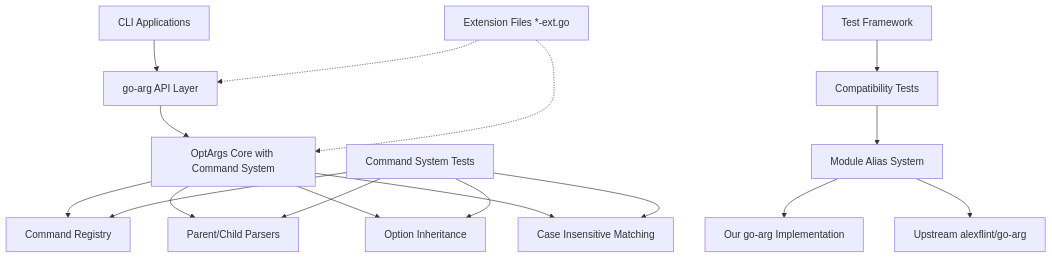
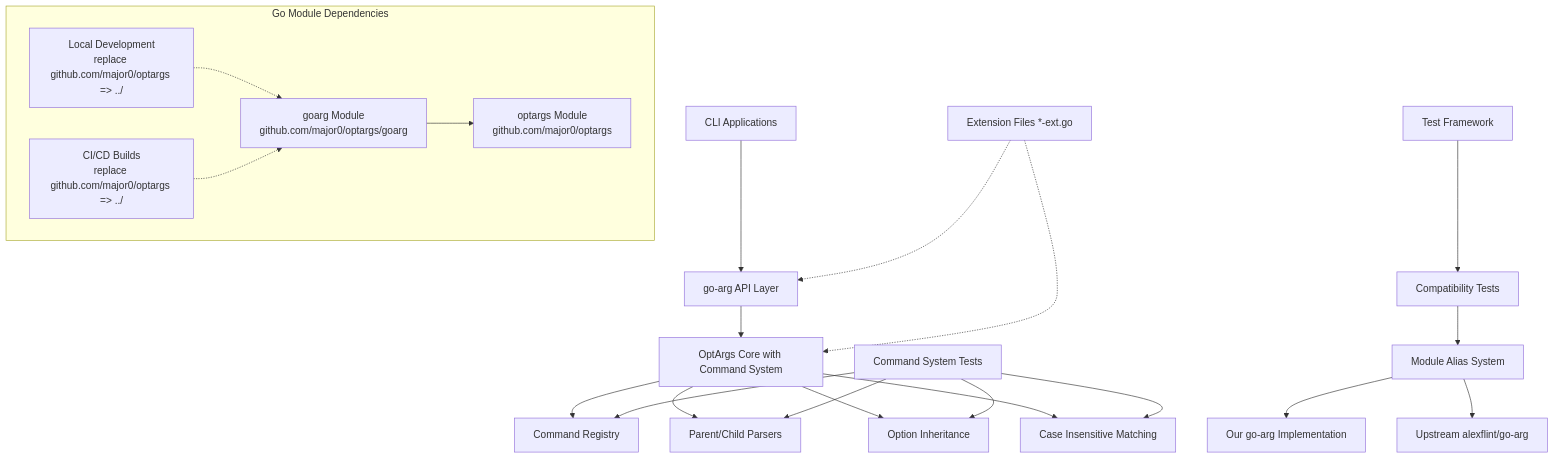
Before and after one commit to major0/optargs: the diagram in .kiro/specs/go-arg/design.md, drawn with Mermaid. The commit also changed other lines of this file and 10 other files, not shown here.

First line of the commit message:
feat(specs): Add comprehensive module dependencies and testing infrastructure

````diff
--- a/.kiro/specs/go-arg/design.md
+++ b/.kiro/specs/go-arg/design.md
@@ -19,24 +21,30 @@
 ```mermaid
 graph TB
     A[CLI Applications] --> B[go-arg API Layer]
     B --> C[OptArgs Core with Command System]
-    
+
     C --> C1[Command Registry]
     C --> C2[Parent/Child Parsers]
     C --> C3[Option Inheritance]
     C --> C4[Case Insensitive Matching]
-    
+
     D[Extension Files *-ext.go] -.-> B
     D -.-> C
-    
+
     E[Compatibility Tests] --> F[Module Alias System]
     F --> G[Our go-arg Implementation]
     F --> H[Upstream alexflint/go-arg]
-    
+
     I[Test Framework] --> E
-    
+
     J[Command System Tests] --> C1
     J --> C2
     J --> C3
     J --> C4
+
+    subgraph "Go Module Dependencies"
+        K[goarg Module<br/>github.com/major0/optargs/goarg] --> L[optargs Module<br/>github.com/major0/optargs]
+        M[Local Development<br/>replace github.com/major0/optargs => ../] -.-> K
+        N[CI/CD Builds<br/>replace github.com/major0/optargs => ../] -.-> K
+    end
 ```
````
